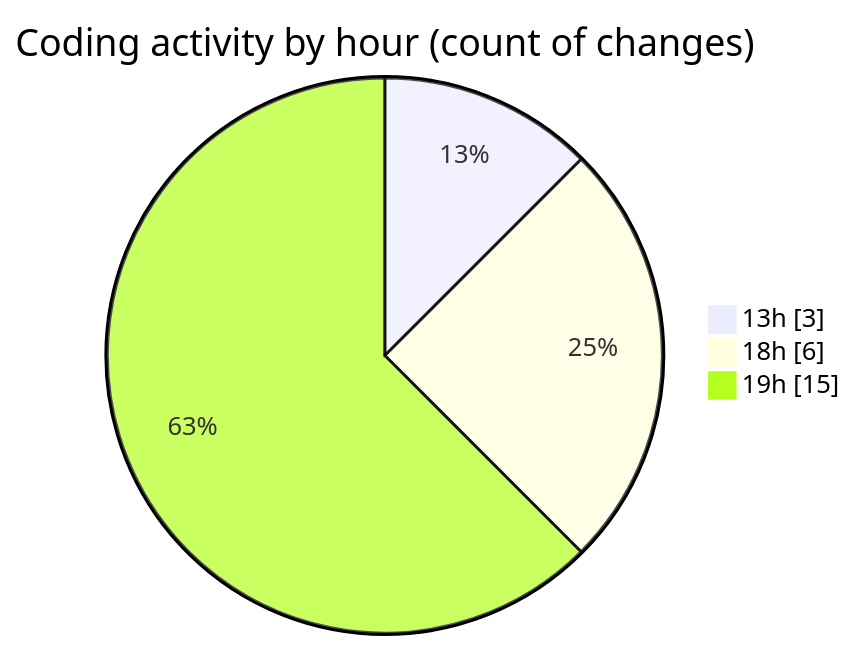
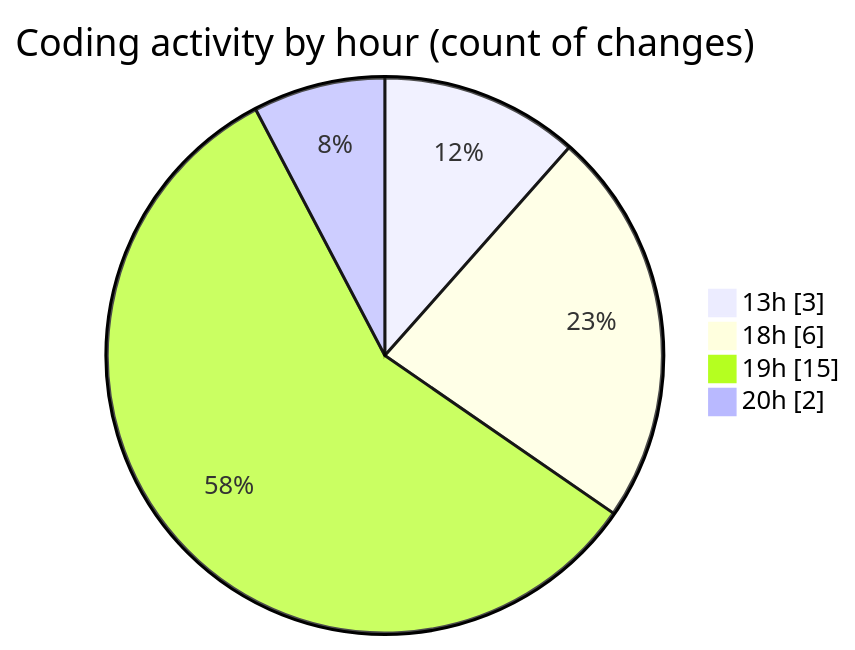
One commit to jrari/code-tracking changed the second of 2 diagrams in 2025-07-16/telebot/README.md. Above: the diagram before and after it, drawn with Mermaid. The commit also changed other lines of this file and 1 other file, not shown here.

````diff
--- a/2025-07-16/telebot/README.md
+++ b/2025-07-16/telebot/README.md
@@ -37,7 +38,8 @@
 ```mermaid
 pie showData
 title Coding activity by hour (count of changes)
 "13h" : 3
 "18h" : 6
 "19h" : 15
+"20h" : 2
 ```
````
